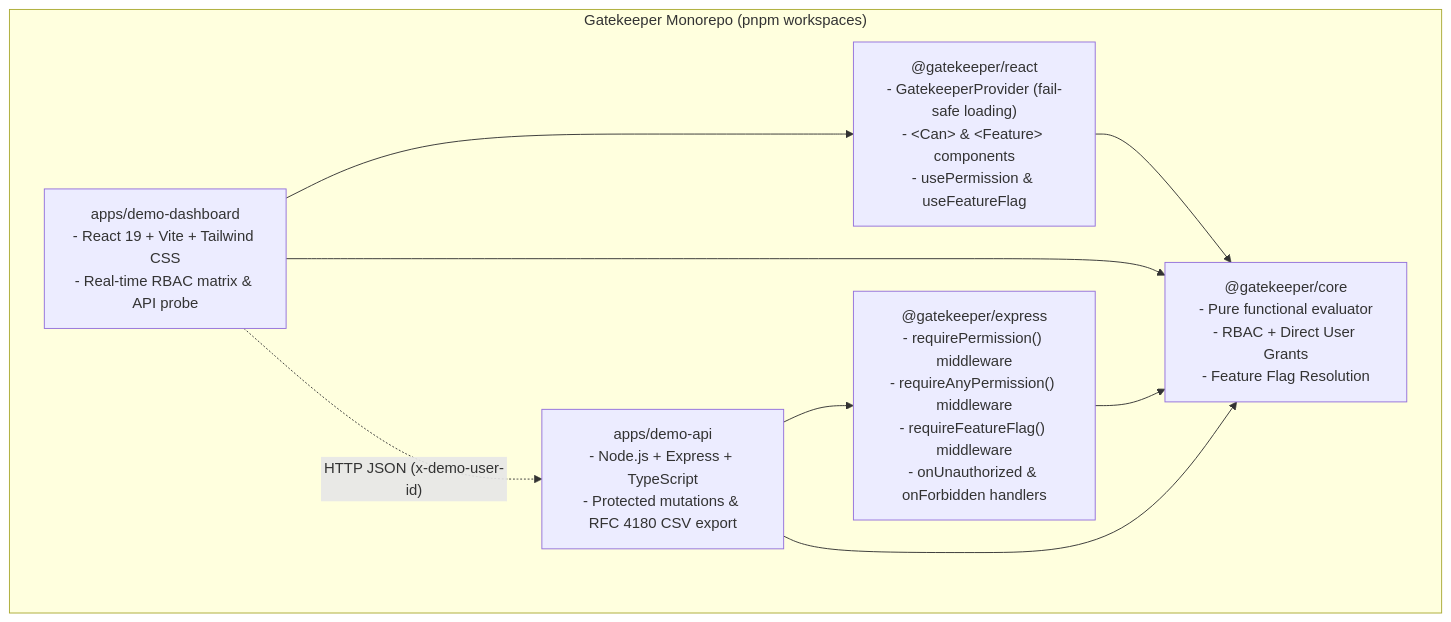
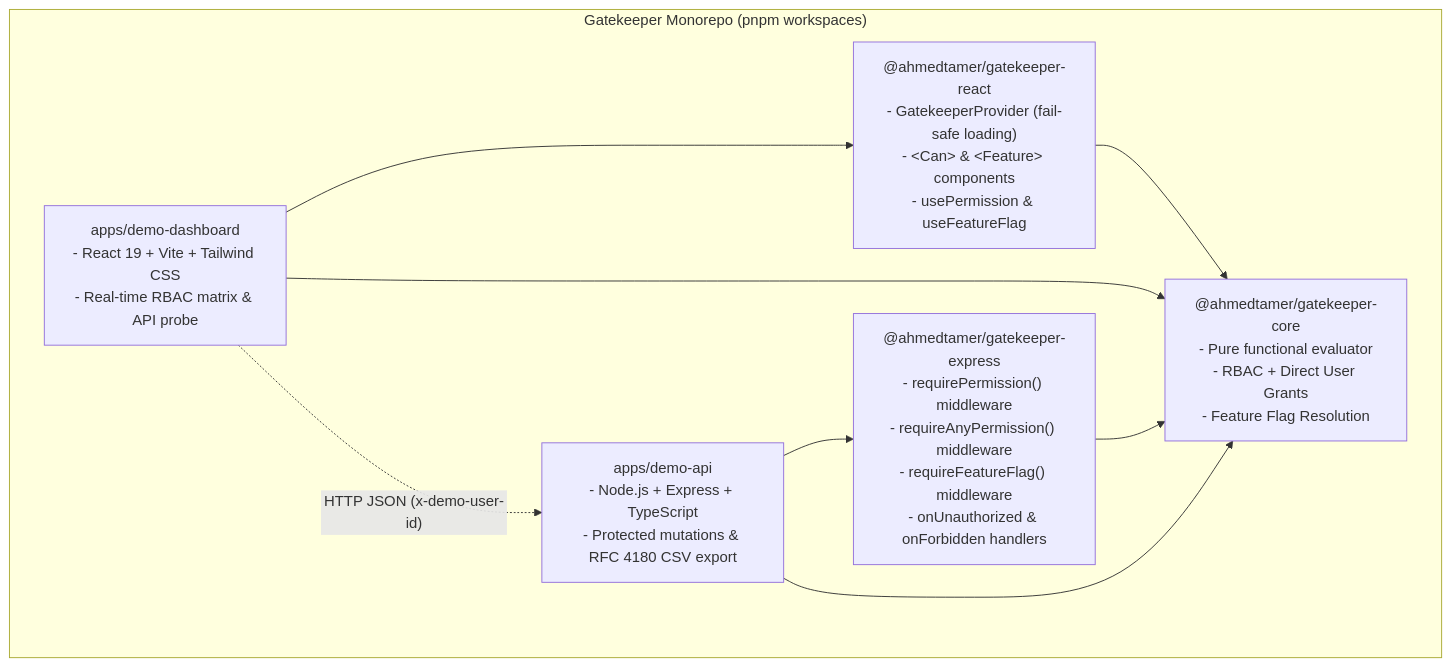
One commit to Ahmed1092002/npm-packages changed the diagram in gatekeeper/README.md. Above: the diagram before and after it, drawn with Mermaid. The commit also changed other lines of this file and 39 other files, not shown here.

````diff
--- a/gatekeeper/README.md
+++ b/gatekeeper/README.md
@@ -20,18 +20,18 @@
 ```mermaid
 graph TD
     subgraph Monorepo ["Gatekeeper Monorepo (pnpm workspaces)"]
-        Core["@gatekeeper/core<br/>- Pure functional evaluator<br/>- RBAC + Direct User Grants<br/>- Feature Flag Resolution"]
-        ReactPkg["@gatekeeper/react<br/>- GatekeeperProvider (fail-safe loading)<br/>- &lt;Can&gt; & &lt;Feature&gt; components<br/>- usePermission & useFeatureFlag"]
-        ExpressPkg["@gatekeeper/express<br/>- requirePermission() middleware<br/>- requireAnyPermission() middleware<br/>- requireFeatureFlag() middleware<br/>- onUnauthorized & onForbidden handlers"]
+        Core["@ahmedtamer/gatekeeper-core<br/>- Pure functional evaluator<br/>- RBAC + Direct User Grants<br/>- Feature Flag Resolution"]
+        ReactPkg["@ahmedtamer/gatekeeper-react<br/>- GatekeeperProvider (fail-safe loading)<br/>- &lt;Can&gt; & &lt;Feature&gt; components<br/>- usePermission & useFeatureFlag"]
+        ExpressPkg["@ahmedtamer/gatekeeper-express<br/>- requirePermission() middleware<br/>- requireAnyPermission() middleware<br/>- requireFeatureFlag() middleware<br/>- onUnauthorized & onForbidden handlers"]
         DemoDashboard["apps/demo-dashboard<br/>- React 19 + Vite + Tailwind CSS<br/>- Real-time RBAC matrix & API probe"]
         DemoApi["apps/demo-api<br/>- Node.js + Express + TypeScript<br/>- Protected mutations & RFC 4180 CSV export"]
     end
 
     ReactPkg --> Core
     ExpressPkg --> Core
     DemoDashboard --> ReactPkg
     DemoDashboard --> Core
     DemoApi --> ExpressPkg
     DemoApi --> Core
     DemoDashboard -. "HTTP JSON (x-demo-user-id)" .-> DemoApi
 ```
````
